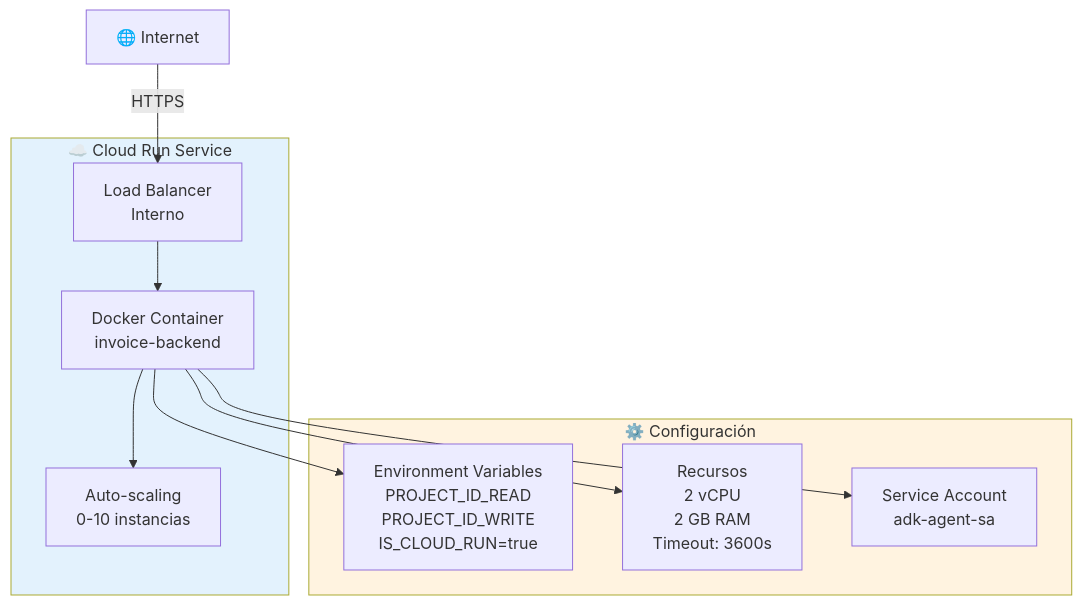
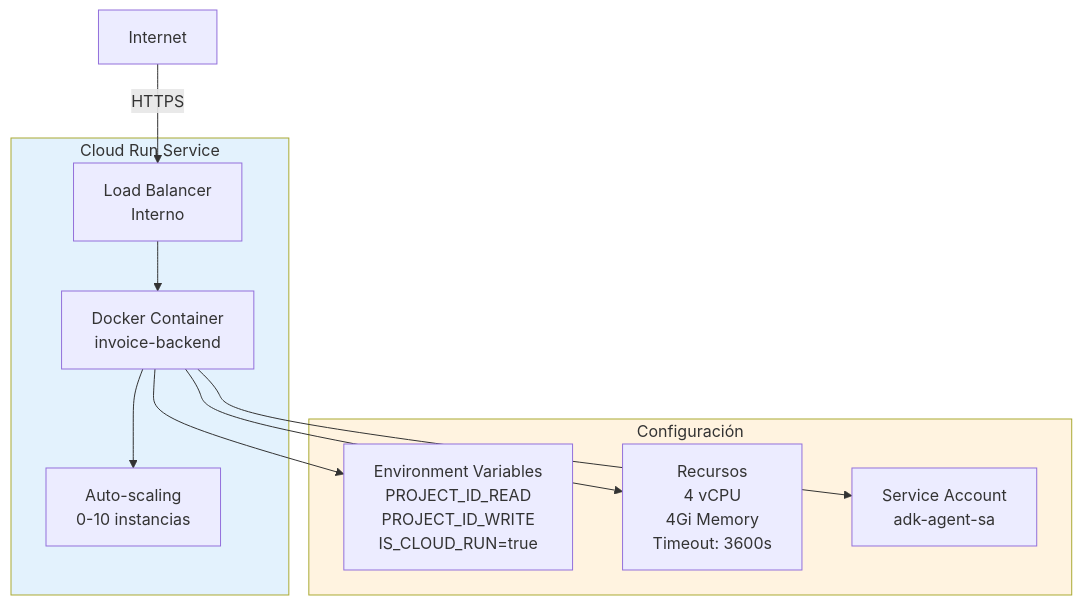
Before and after one commit to miguelp7200/agente: the ninth of 16 diagrams in docs/official/architecture/20_SYSTEM_ARCHITECTURE.md, drawn with Mermaid. The commit also changed other lines of this file and 12 other files, not shown here.

````diff
--- a/docs/official/architecture/20_SYSTEM_ARCHITECTURE.md
+++ b/docs/official/architecture/20_SYSTEM_ARCHITECTURE.md
@@ -448,26 +448,26 @@
 ```mermaid
 graph TB
-    subgraph CR["☁️ Cloud Run Service"]
+    subgraph CR["Cloud Run Service"]
         Container["Docker Container<br/>invoice-backend"]
         Instances["Auto-scaling<br/>0-10 instancias"]
         LB["Load Balancer<br/>Interno"]
     end
     
-    subgraph Config["⚙️ Configuración"]
+    subgraph Config["Configuración"]
         Env["Environment Variables<br/>PROJECT_ID_READ<br/>PROJECT_ID_WRITE<br/>IS_CLOUD_RUN=true"]
-        Resources["Recursos<br/>2 vCPU<br/>2 GB RAM<br/>Timeout: 3600s"]
+        Resources["Recursos<br/>4 vCPU<br/>4Gi Memory<br/>Timeout: 3600s"]
         SA["Service Account<br/>adk-agent-sa"]
     end
     
-    Internet["🌐 Internet"]
+    Internet["Internet"]
     
     Internet -->|HTTPS| LB
     LB --> Container
     Container --> Instances
     Container --> Env
     Container --> Resources
     Container --> SA
     
     style CR fill:#e3f2fd
     style Config fill:#fff3e0
 ```
````
